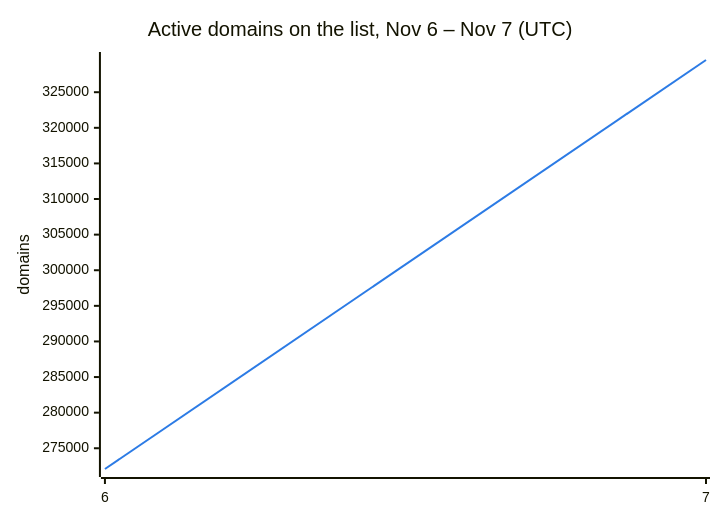
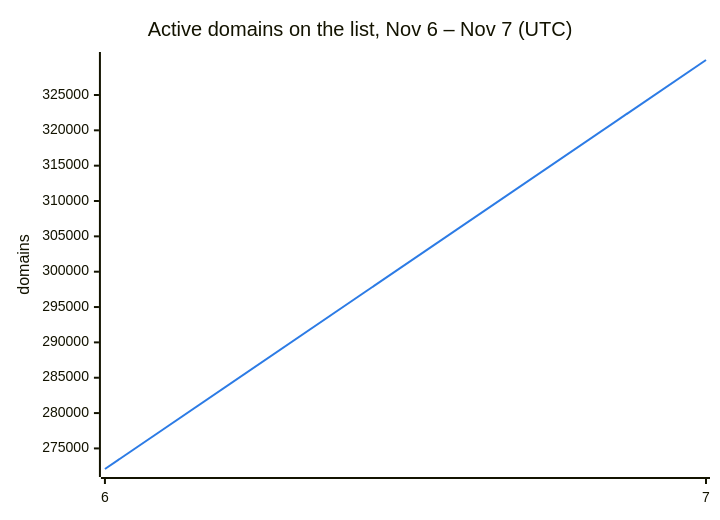
Before and after one commit to DNSBunker/CTI: the second of 3 diagrams in README.md, drawn with Mermaid. The commit also changed other lines of this file and 3 other files, not shown here.

````diff
--- a/README.md
+++ b/README.md
@@ -38,8 +38,8 @@
 ```mermaid
 %%{init: {"themeVariables": {"xyChart": {"plotColorPalette": "#2c7be5"}}}}%%
 xychart-beta
     title "Active domains on the list, Nov 6 – Nov 7 (UTC)"
     x-axis ["6", "7"]
     y-axis "domains"
-    line [272088, 329523]
+    line [272088, 329949]
 ```
````
